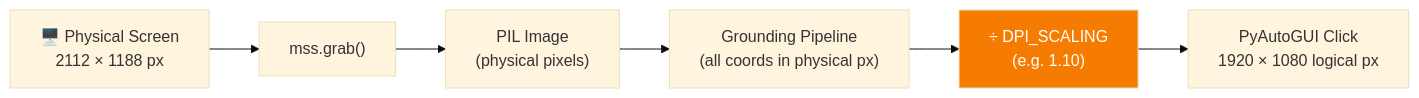
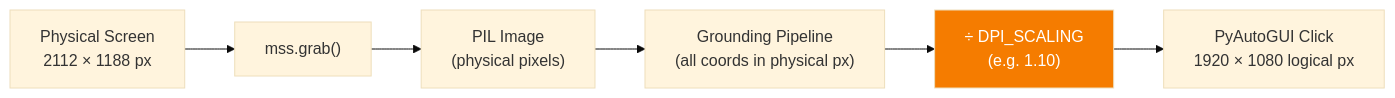
One commit to ZiadMD/ScreenSeekeR-Desktop-Automation changed the third of 19 diagrams in doc/methodology.md. Above: the diagram before and after it, drawn with Mermaid (base theme). The commit also changed other lines of this file and 3 other files, not shown here.

````diff
--- a/doc/methodology.md
+++ b/doc/methodology.md
@@ -182,13 +182,13 @@
 ```mermaid
 graph LR
-    SCREEN["🖥️ Physical Screen<br/>2112 × 1188 px"]
+    SCREEN["Physical Screen<br/>2112 × 1188 px"]
     MSS["mss.grab()"]
     PIL["PIL Image<br/>(physical pixels)"]
     GROUND["Grounding Pipeline<br/>(all coords in physical px)"]
     DPI["÷ DPI_SCALING<br/>(e.g. 1.10)"]
     PYAG["PyAutoGUI Click<br/>1920 × 1080 logical px"]
 
     SCREEN --> MSS --> PIL --> GROUND --> DPI --> PYAG
 
     style DPI fill:#f57c00,color:#fff
 ```
````
